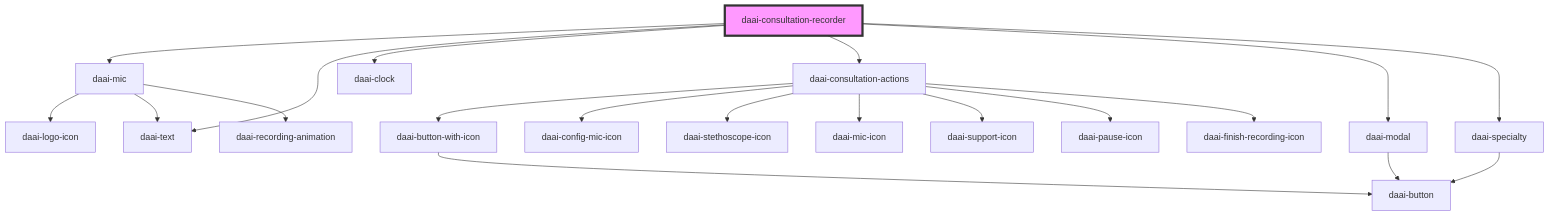
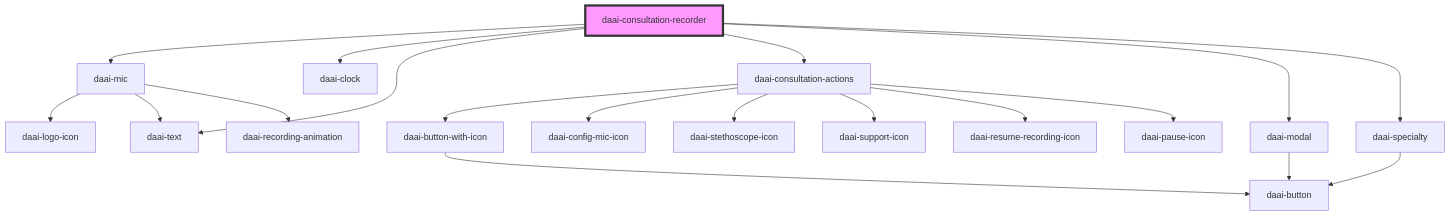
The diagram in src/components/templates/daai-consultation-recorder/readme.md (doctor-assistant/web-components), drawn with Mermaid before and after one commit. The commit also changed other lines of this file and 2 other files, not shown here.

````diff
--- a/src/components/templates/daai-consultation-recorder/readme.md
+++ b/src/components/templates/daai-consultation-recorder/readme.md
@@ -31,23 +32,22 @@
 ```mermaid
 graph TD;
   daai-consultation-recorder --> daai-mic
+  daai-consultation-recorder --> daai-clock
   daai-consultation-recorder --> daai-text
-  daai-consultation-recorder --> daai-clock
   daai-consultation-recorder --> daai-consultation-actions
   daai-consultation-recorder --> daai-modal
   daai-consultation-recorder --> daai-specialty
   daai-mic --> daai-logo-icon
   daai-mic --> daai-text
   daai-mic --> daai-recording-animation
   daai-consultation-actions --> daai-button-with-icon
   daai-consultation-actions --> daai-config-mic-icon
   daai-consultation-actions --> daai-stethoscope-icon
-  daai-consultation-actions --> daai-mic-icon
   daai-consultation-actions --> daai-support-icon
+  daai-consultation-actions --> daai-resume-recording-icon
   daai-consultation-actions --> daai-pause-icon
-  daai-consultation-actions --> daai-finish-recording-icon
   daai-button-with-icon --> daai-button
   daai-modal --> daai-button
   daai-specialty --> daai-button
   style daai-consultation-recorder fill:#f9f,stroke:#333,stroke-width:4px
 ```
````
